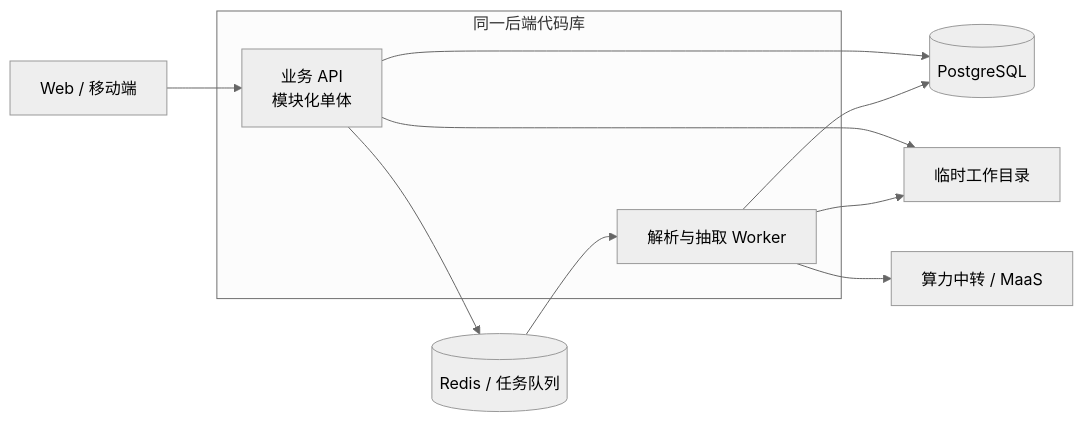
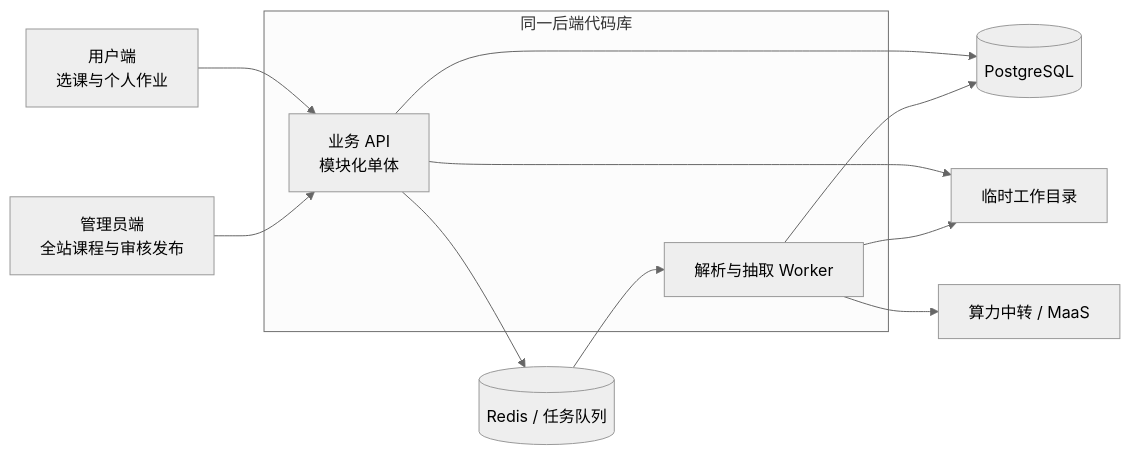
The first of 3 diagrams in docs/architecture.md (ValkyrieIII/homeworkcanvas), drawn with Mermaid (neutral theme) before and after one commit. The commit also changed other lines of this file, not shown here.

````diff
--- a/docs/architecture.md
+++ b/docs/architecture.md
@@ -39,16 +42,17 @@
 ```mermaid
 flowchart LR
-    Client[Web / 移动端] --> API[业务 API<br/>模块化单体]
+    UserUI[用户端<br/>选课与个人作业] --> API[业务 API<br/>模块化单体]
+    AdminUI[管理员端<br/>全站课程与审核发布] --> API
     API --> PG[(PostgreSQL)]
     API --> Queue[(Redis / 任务队列)]
     Queue --> Worker[解析与抽取 Worker]
     API --> Temp[临时工作目录]
     Worker --> Temp
     Worker --> AI[算力中转 / MaaS]
     Worker --> PG
 
     subgraph Backend[同一后端代码库]
       API
       Worker
     end
 ```
````
